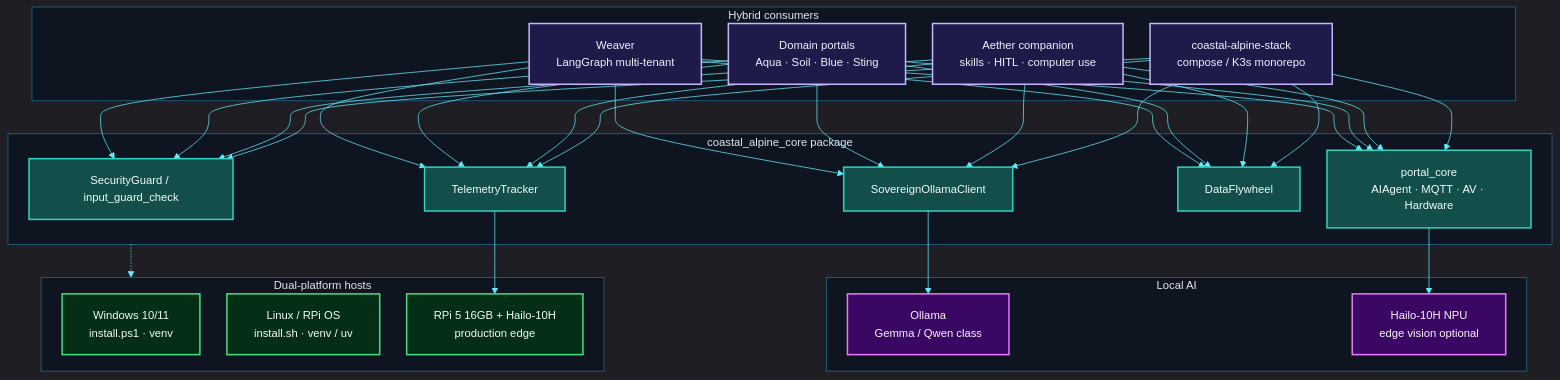
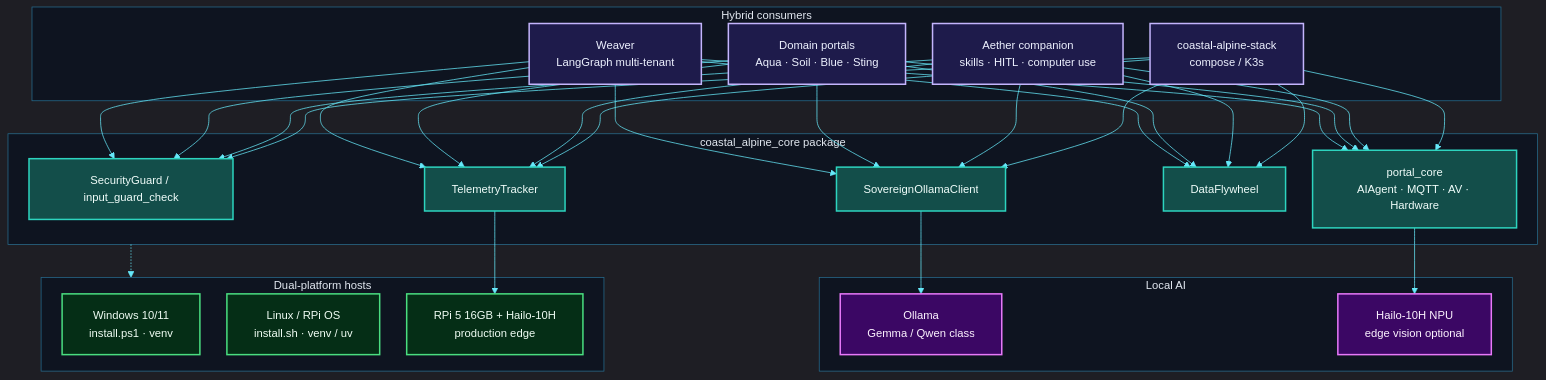
One commit to fivepanelhat/Coastal-Alpine-Core changed the diagram in README.md. Above: the diagram before and after it, drawn with Mermaid. The commit also changed other lines of this file, not shown here.

````diff
--- a/README.md
+++ b/README.md
@@ -25,71 +46,71 @@
 ```mermaid
 %%{init: {
   "theme": "dark",
   "themeVariables": {
     "fontSize": "15px",
     "fontFamily": "Inter, ui-sans-serif, system-ui, sans-serif",
     "primaryColor": "#0ea5e9",
     "primaryTextColor": "#f8fafc",
     "primaryBorderColor": "#38bdf8",
     "lineColor": "#67e8f9",
     "secondaryColor": "#1e293b",
     "tertiaryColor": "#0f172a",
     "clusterBkg": "#0b1220cc",
     "clusterBorder": "#38bdf880",
     "titleColor": "#e2e8f0"
   },
   "flowchart": {
     "nodeSpacing": 36,
     "rankSpacing": 44,
     "padding": 18,
     "htmlLabels": true,
     "curve": "basis",
     "useMaxWidth": true
   }
 }}%%
 flowchart TB
 
     classDef edge fill:#0c4a6e,stroke:#38bdf8,stroke-width:2px,color:#f0f9ff
     classDef core fill:#134e4a,stroke:#2dd4bf,stroke-width:2px,color:#f0fdfa
     classDef ai fill:#3b0764,stroke:#e879f9,stroke-width:2px,color:#fdf4ff
     classDef app fill:#1e1b4b,stroke:#c4b5fd,stroke-width:2px,color:#eef2ff
     classDef host fill:#052e16,stroke:#4ade80,stroke-width:2px,color:#f0fdf4
     classDef orch fill:#312e81,stroke:#a5b4fc,stroke-width:2px,color:#eef2ff
 
     subgraph CONSUMERS["Hybrid consumers"]
         W["Weaver<br/>LangGraph multi-tenant"]
         P["Domain portals<br/>Aqua · Soil · Blue · Sting"]
         A["Aether companion<br/>skills · HITL · computer use"]
-        S["coastal-alpine-stack<br/>compose / K3s monorepo"]
+        S["coastal-alpine-stack<br/>compose / K3s"]
     end
 
     subgraph SDK["coastal_alpine_core package"]
         G["SecurityGuard / input_guard_check"]
         T["TelemetryTracker"]
         C["SovereignOllamaClient"]
         FW["DataFlywheel"]
         PC["portal_core<br/>AIAgent · MQTT · AV · Hardware"]
     end
 
     subgraph AI["Local AI"]
         O["Ollama<br/>Gemma / Qwen class"]
         HAI["Hailo-10H NPU<br/>edge vision optional"]
     end
 
     subgraph HOSTS["Dual-platform hosts"]
         WIN["Windows 10/11<br/>install.ps1 · venv"]
         LIN["Linux / RPi OS<br/>install.sh · venv / uv"]
         RPI["RPi 5 16GB + Hailo-10H<br/>production edge"]
     end
 
     W & P & A & S --> G & T & C & FW & PC
     C --> O
     PC --> HAI
     T --> RPI
     SDK -.-> HOSTS
 
     class W,P,A,S app
     class G,T,C,FW,PC core
     class O,HAI ai
     class WIN,LIN,RPI host
 ```
````
